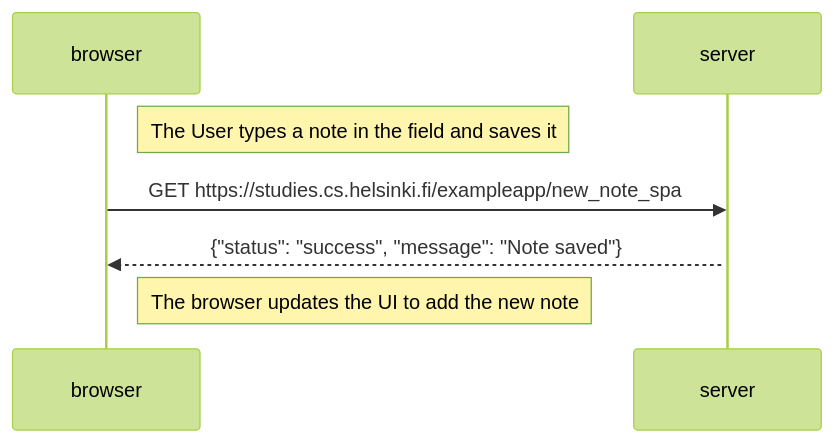
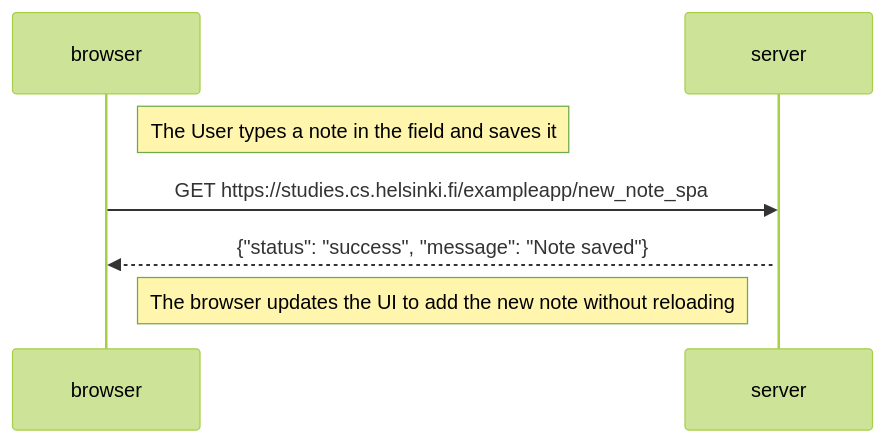
One commit to Wave08/full_stack_part0 changed the diagram in exercise_06.md. Above: the diagram before and after it, drawn with Mermaid (forest theme). The commit also changed 1 other file, not shown here.

Commit message:
Add functionality where for a SPA the browser updates without reloading and on the other hand it has to reload to add new notes

````diff
--- a/exercise_06.md
+++ b/exercise_06.md
@@ -1,12 +1,12 @@
 ```mermaid
       sequenceDiagram
           participant browser
           participant server
 
           Note right of browser: The User types a note in the field and saves it
           browser->>server: GET https://studies.cs.helsinki.fi/exampleapp/new_note_spa
           activate server
           server-->>browser: {"status": "success", "message": "Note saved"}
 
-          Note right of browser: The browser updates the UI to add the new note
+          Note right of browser: The browser updates the UI to add the new note without reloading
 ```
````
